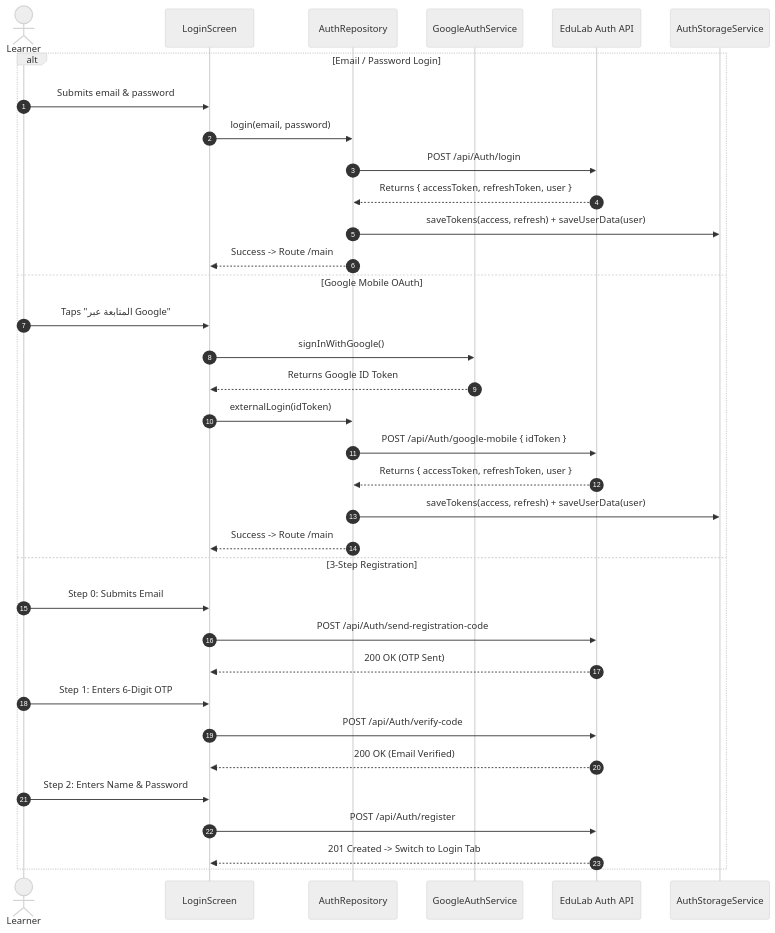
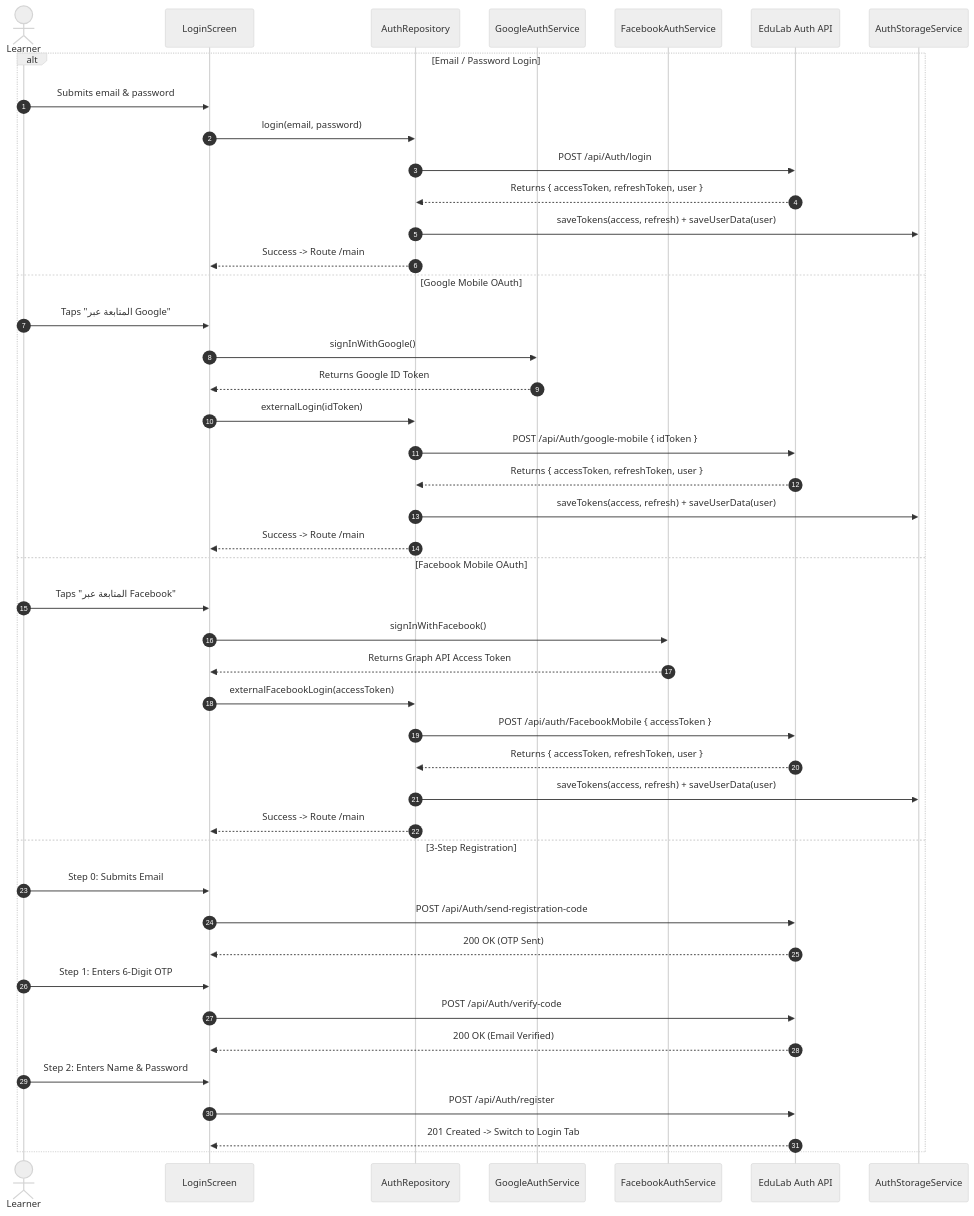
The diagram in Documentation/Modules/Mobile/Features/Auth.md (MohamedGasser15/Education-Lab), drawn with Mermaid (neutral theme) before and after one commit. The commit also changed other lines of this file and 45 other files, not shown here.

Commit message:
docs(mobile): update architecture, screens, providers, and README documentation

````diff
--- a/Documentation/Modules/Mobile/Features/Auth.md
+++ b/Documentation/Modules/Mobile/Features/Auth.md
@@ -24,38 +29,48 @@
 ```mermaid
 sequenceDiagram
     autonumber
     actor User as Learner
     participant UI as LoginScreen
     participant Repo as AuthRepository
     participant Google as GoogleAuthService
+    participant FB as FacebookAuthService
     participant Backend as EduLab Auth API
     participant Storage as AuthStorageService
 
     alt Email / Password Login
         User->>UI: Submits email & password
         UI->>Repo: login(email, password)
         Repo->>Backend: POST /api/Auth/login
         Backend-->>Repo: Returns { accessToken, refreshToken, user }
         Repo->>Storage: saveTokens(access, refresh) + saveUserData(user)
         Repo-->>UI: Success -> Route /main
     else Google Mobile OAuth
         User->>UI: Taps "المتابعة عبر Google"
         UI->>Google: signInWithGoogle()
         Google-->>UI: Returns Google ID Token
         UI->>Repo: externalLogin(idToken)
         Repo->>Backend: POST /api/Auth/google-mobile { idToken }
         Backend-->>Repo: Returns { accessToken, refreshToken, user }
         Repo->>Storage: saveTokens(access, refresh) + saveUserData(user)
         Repo-->>UI: Success -> Route /main
+    else Facebook Mobile OAuth
+        User->>UI: Taps "المتابعة عبر Facebook"
+        UI->>FB: signInWithFacebook()
+        FB-->>UI: Returns Graph API Access Token
+        UI->>Repo: externalFacebookLogin(accessToken)
+        Repo->>Backend: POST /api/auth/FacebookMobile { accessToken }
+        Backend-->>Repo: Returns { accessToken, refreshToken, user }
+        Repo->>Storage: saveTokens(access, refresh) + saveUserData(user)
+        Repo-->>UI: Success -> Route /main
     else 3-Step Registration
         User->>UI: Step 0: Submits Email
         UI->>Backend: POST /api/Auth/send-registration-code
         Backend-->>UI: 200 OK (OTP Sent)
         User->>UI: Step 1: Enters 6-Digit OTP
         UI->>Backend: POST /api/Auth/verify-code
         Backend-->>UI: 200 OK (Email Verified)
         User->>UI: Step 2: Enters Name & Password
         UI->>Backend: POST /api/Auth/register
         Backend-->>UI: 201 Created -> Switch to Login Tab
     end
 ```
````
